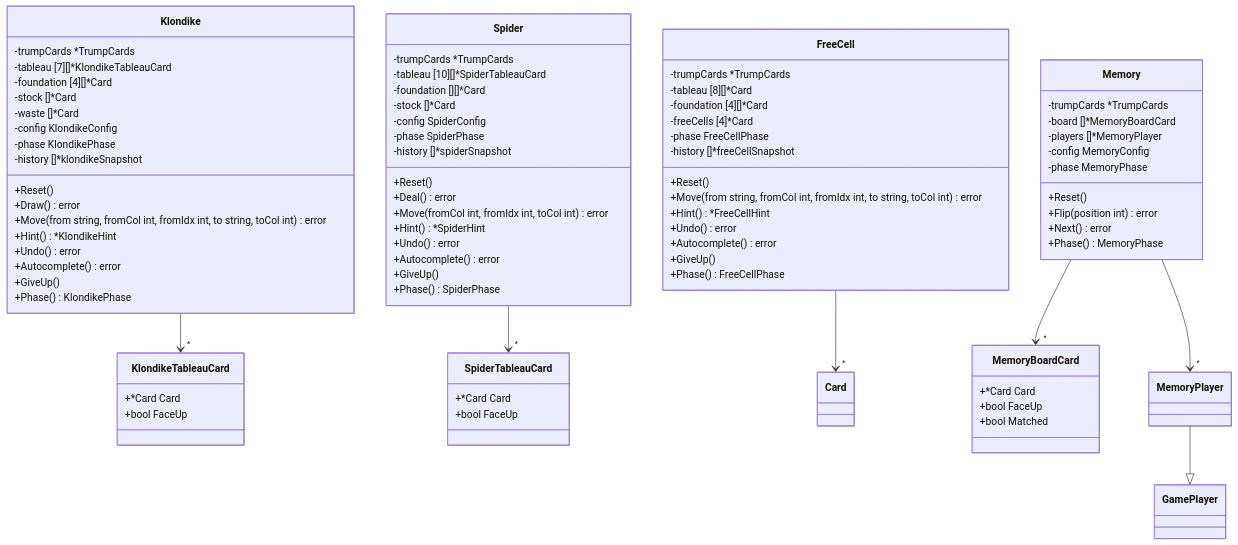
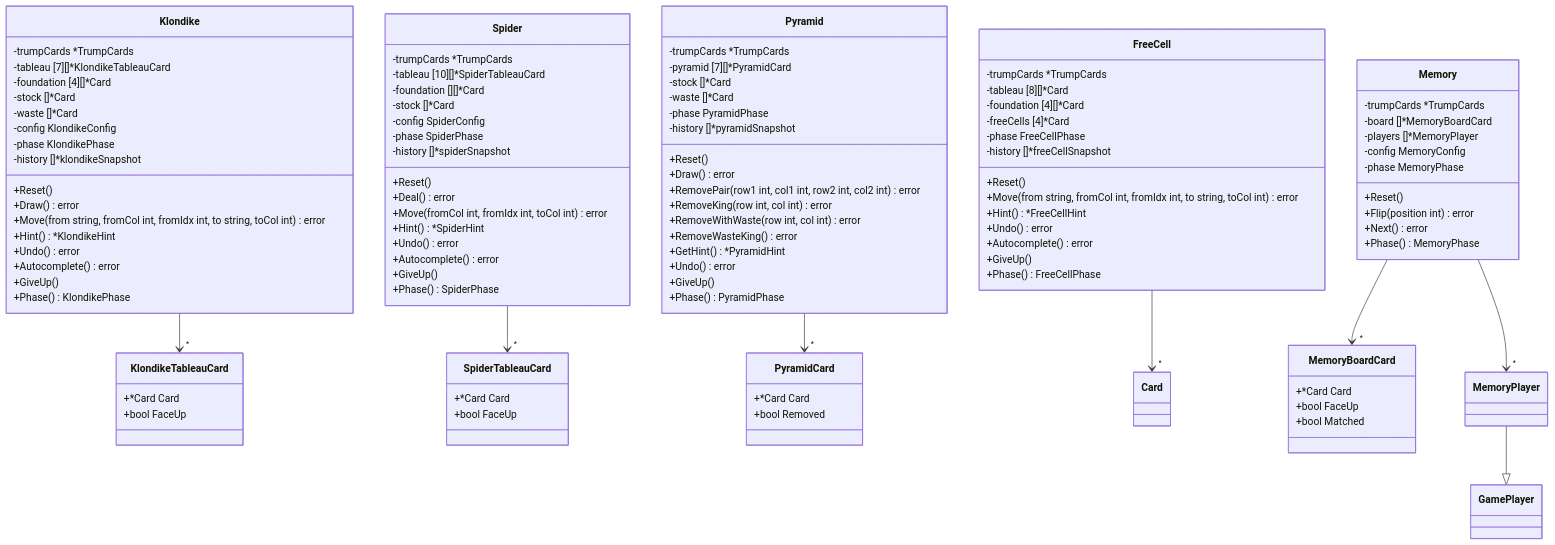
One commit to yuta-yoshinaga/go_trumpcards changed the seventh of 31 diagrams in docs/design/backend.md. Above: the diagram before and after it, drawn with Mermaid. The commit also changed other lines of this file and 51 other files, not shown here.

```diff
--- a/docs/design/backend.md
+++ b/docs/design/backend.md
@@ -577,6 +578,25 @@
         +Phase() SpiderPhase
     }
 
+    class Pyramid {
+        -trumpCards *TrumpCards
+        -pyramid [7][]*PyramidCard
+        -stock []*Card
+        -waste []*Card
+        -phase PyramidPhase
+        -history []*pyramidSnapshot
+        +Reset()
+        +Draw() error
+        +RemovePair(row1 int, col1 int, row2 int, col2 int) error
+        +RemoveKing(row int, col int) error
+        +RemoveWithWaste(row int, col int) error
+        +RemoveWasteKing() error
+        +GetHint() *PyramidHint
+        +Undo() error
+        +GiveUp()
+        +Phase() PyramidPhase
+    }
+
     class Memory {
         -trumpCards *TrumpCards
         -board []*MemoryBoardCard
@@ -599,6 +619,11 @@
         +bool FaceUp
     }
 
+    class PyramidCard {
+        +*Card Card
+        +bool Removed
+    }
+
     class MemoryBoardCard {
         +*Card Card
         +bool FaceUp
@@ -608,6 +633,7 @@
     Klondike --> "*" KlondikeTableauCard
     FreeCell --> "*" Card
     Spider --> "*" SpiderTableauCard
+    Pyramid --> "*" PyramidCard
     Memory --> "*" MemoryBoardCard
     Memory --> "*" MemoryPlayer
     MemoryPlayer --|> GamePlayer
```
